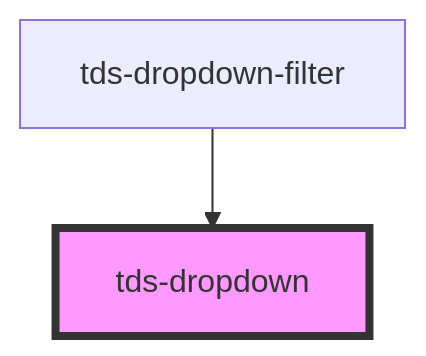
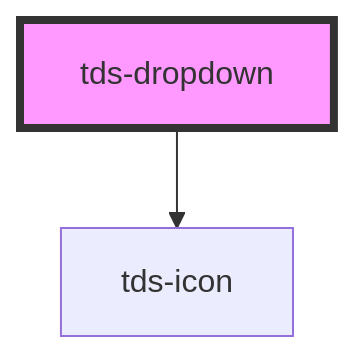
Before and after one commit to scania-digital-design-system/tegel: the diagram in core/src/components/dropdown/readme.md, drawn with Mermaid. The commit also changed other lines of this file and 25 other files, not shown here.

````diff
--- a/core/src/components/dropdown/readme.md
+++ b/core/src/components/dropdown/readme.md
@@ -47,5 +88,5 @@
 ```mermaid
 graph TD;
-  tds-dropdown-filter --> tds-dropdown
+  tds-dropdown --> tds-icon
   style tds-dropdown fill:#f9f,stroke:#333,stroke-width:4px
 ```
````
